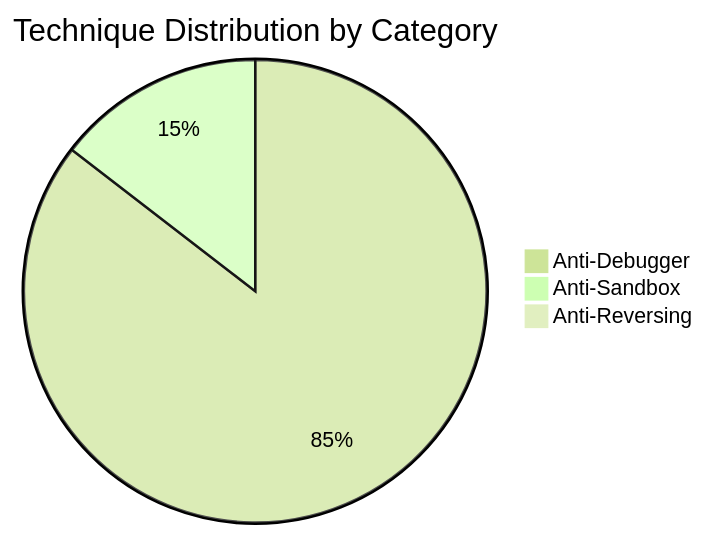
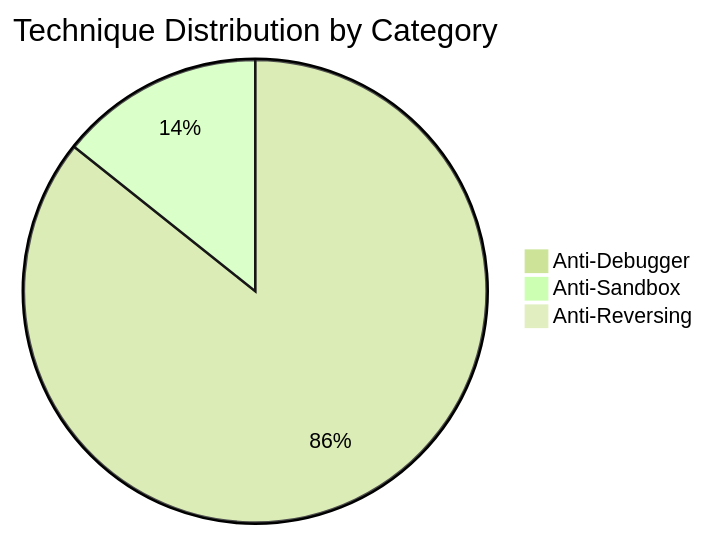
One commit to mabj/anti changed the second of 8 diagrams in docs/diagrams/taxonomy.md. Above: the diagram before and after it, drawn with Mermaid (forest theme). The commit also changed other lines of this file and 7 other files, not shown here.

Commit message:
Adding new anti-debugger technique AD048 and updating documentation.

````diff
--- a/docs/diagrams/taxonomy.md
+++ b/docs/diagrams/taxonomy.md
@@ -34,6 +34,6 @@
 ```mermaid
 pie title Technique Distribution by Category
-    "Anti-Debugger" : 47
+    "Anti-Debugger" : 48
     "Anti-Sandbox" : 8
     "Anti-Reversing" : 0
 ```
````
